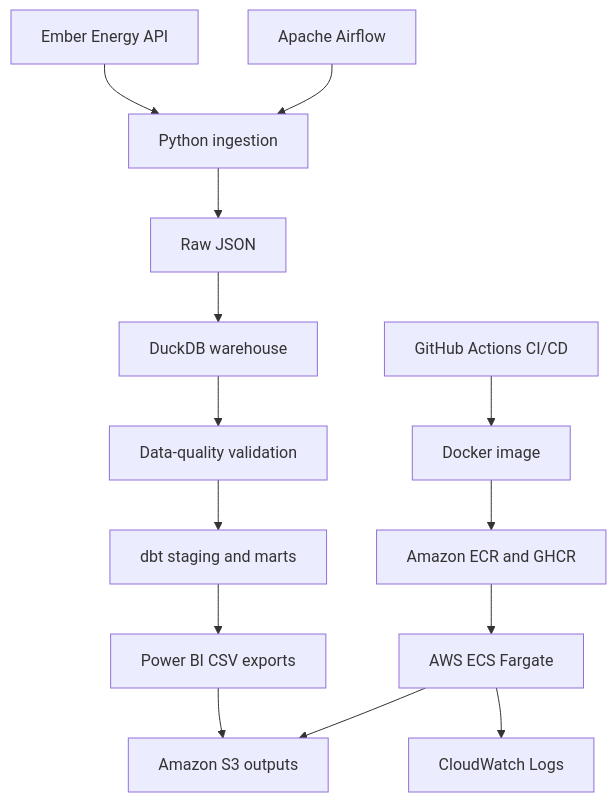
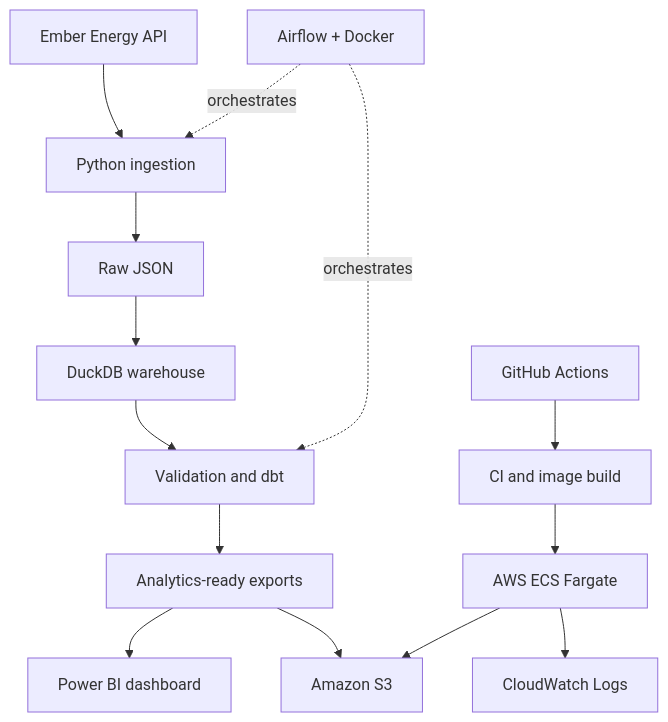
One commit to FizaNaeem2/european-energy-analytics-pipeline changed the diagram in README.md. Above: the diagram before and after it, drawn with Mermaid. The commit also changed other lines of this file, not shown here.

````diff
--- a/README.md
+++ b/README.md
@@ -37,16 +42,17 @@
 ```mermaid
 flowchart TD
-    A[Ember Energy API] --> B[Python ingestion]
-    B --> C[Raw JSON]
-    C --> D[DuckDB warehouse]
-    D --> E[Data-quality validation]
-    E --> F[dbt staging and marts]
-    F --> G[Power BI CSV exports]
-    G --> H[Amazon S3 outputs]
-    I[Apache Airflow] --> B
-    J[GitHub Actions CI/CD] --> K[Docker image]
-    K --> L[Amazon ECR and GHCR]
-    L --> M[AWS ECS Fargate]
-    M --> H
-    M --> N[CloudWatch Logs]
+    A["Ember Energy API"] --> B["Python ingestion"]
+    B --> C["Raw JSON"]
+    C --> D["DuckDB warehouse"]
+    D --> E["Validation and dbt"]
+    E --> F["Analytics-ready exports"]
+    F --> G["Power BI dashboard"]
+    F --> H["Amazon S3"]
+
+    I["Airflow + Docker"] -. orchestrates .-> B
+    I -. orchestrates .-> E
+    J["GitHub Actions"] --> K["CI and image build"]
+    K --> L["AWS ECS Fargate"]
+    L --> H
+    L --> M["CloudWatch Logs"]
 ```
````
